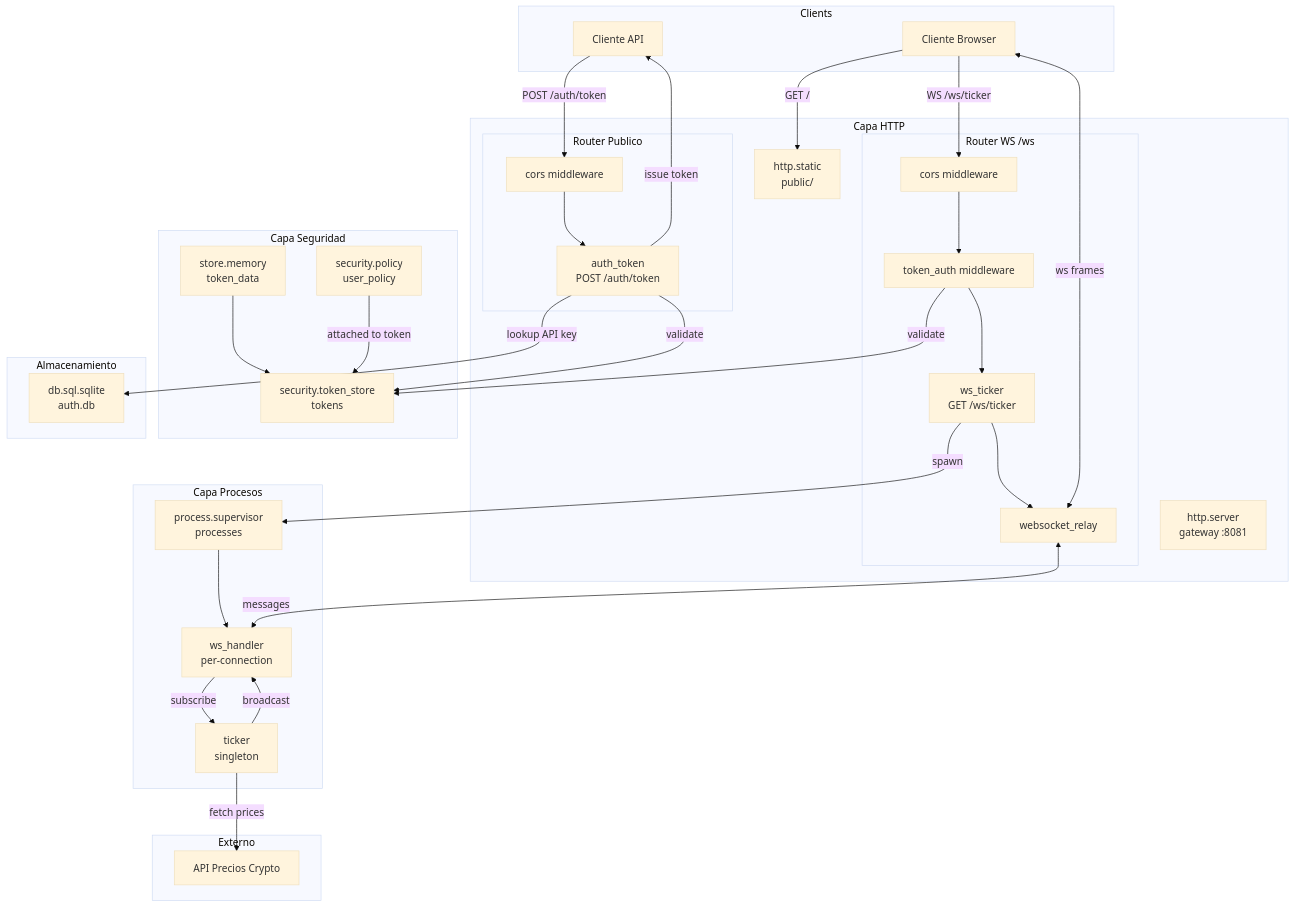
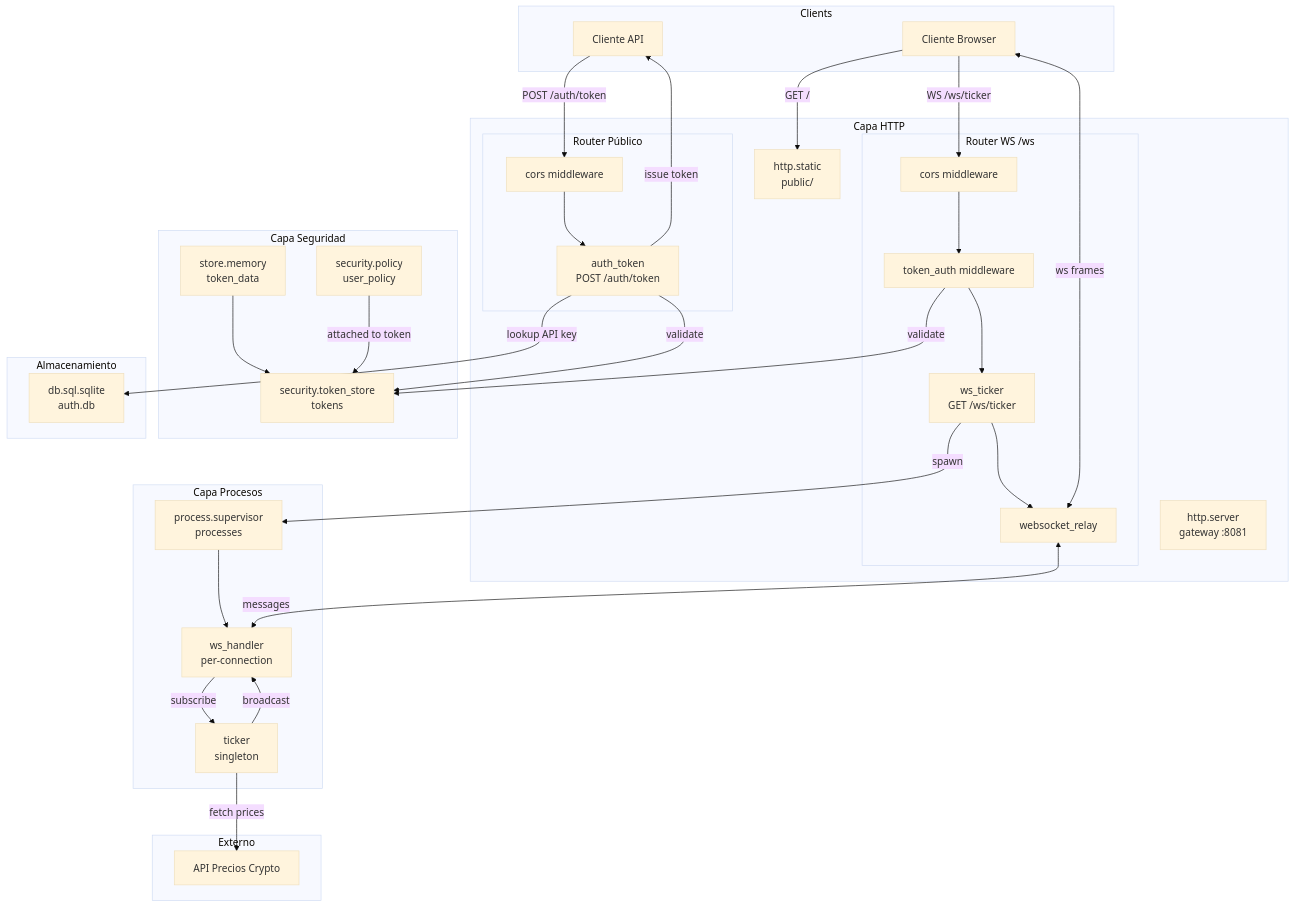
The diagram in es/tutorials/auth.md (wippyai/docs), drawn with Mermaid (base theme) before and after one commit. The commit also changed other lines of this file and 196 other files, not shown here.

````diff
--- a/es/tutorials/auth.md
+++ b/es/tutorials/auth.md
@@ -7,71 +7,71 @@
 ```mermaid
 flowchart TB
     subgraph Clients
         Browser[Cliente Browser]
         API[Cliente API]
     end
 
     subgraph "Capa HTTP"
         Server[http.server<br/>gateway :8081]
         Static[http.static<br/>public/]
 
-        subgraph "Router Publico"
+        subgraph "Router Público"
             CORS1[cors middleware]
             AuthEndpoint[auth_token<br/>POST /auth/token]
         end
 
         subgraph "Router WS /ws"
             CORS2[cors middleware]
             TokenAuth[token_auth middleware]
             WSEndpoint[ws_ticker<br/>GET /ws/ticker]
             WSRelay[websocket_relay]
         end
     end
 
     subgraph "Capa Seguridad"
         TokenStore[security.token_store<br/>tokens]
         Policy[security.policy<br/>user_policy]
         MemStore[store.memory<br/>token_data]
     end
 
     subgraph "Almacenamiento"
         DB[db.sql.sqlite<br/>auth.db]
     end
 
     subgraph "Capa Procesos"
         Supervisor[process.supervisor<br/>processes]
         WSHandler[ws_handler<br/>per-connection]
         Ticker[ticker<br/>singleton]
     end
 
     subgraph "Externo"
         CryptoAPI[API Precios Crypto]
     end
 
     Browser -->|"GET /"| Static
     API -->|"POST /auth/token"| CORS1
     Browser -->|"WS /ws/ticker"| CORS2
 
     CORS1 --> AuthEndpoint
     AuthEndpoint -->|validate| TokenStore
     AuthEndpoint -->|"issue token"| API
 
     CORS2 --> TokenAuth
     TokenAuth -->|validate| TokenStore
     TokenAuth --> WSEndpoint
     WSEndpoint -->|spawn| Supervisor
     Supervisor --> WSHandler
     WSEndpoint --> WSRelay
     WSRelay <-->|"messages"| WSHandler
 
     MemStore --> TokenStore
     Policy -->|attached to token| TokenStore
 
     AuthEndpoint -->|lookup API key| DB
 
     WSHandler -->|subscribe| Ticker
     Ticker -->|broadcast| WSHandler
     WSRelay <-->|"ws frames"| Browser
 
     Ticker -->|fetch prices| CryptoAPI
 ```
````
